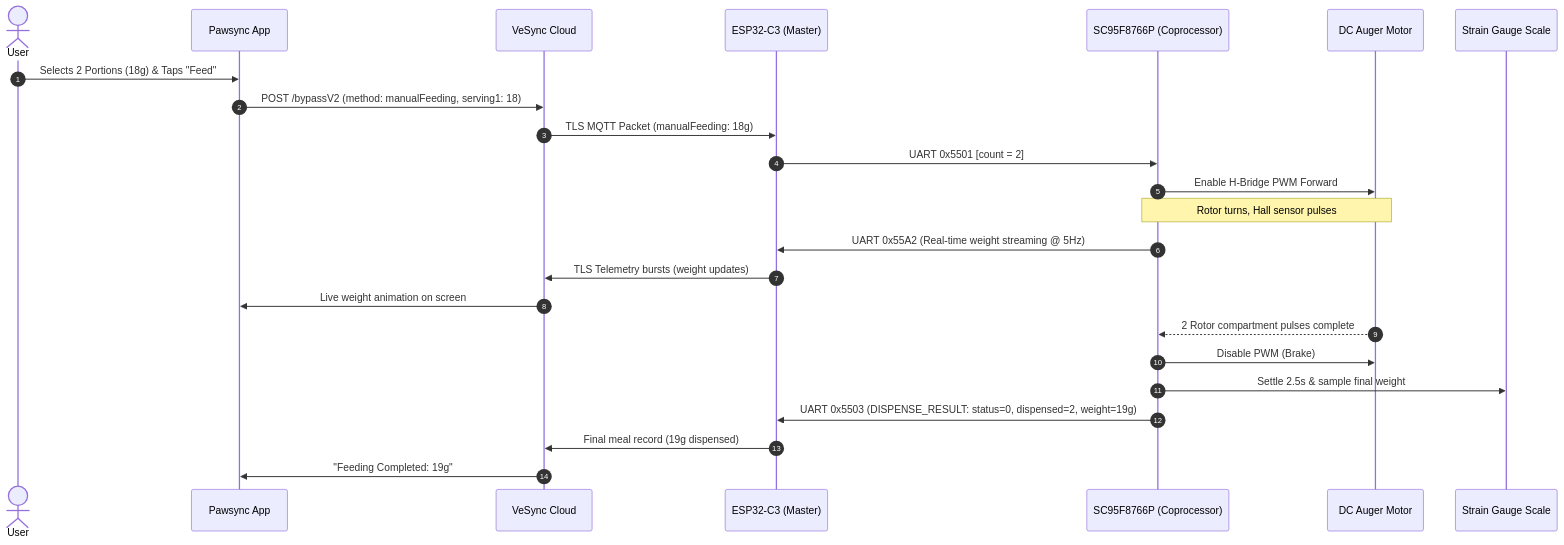
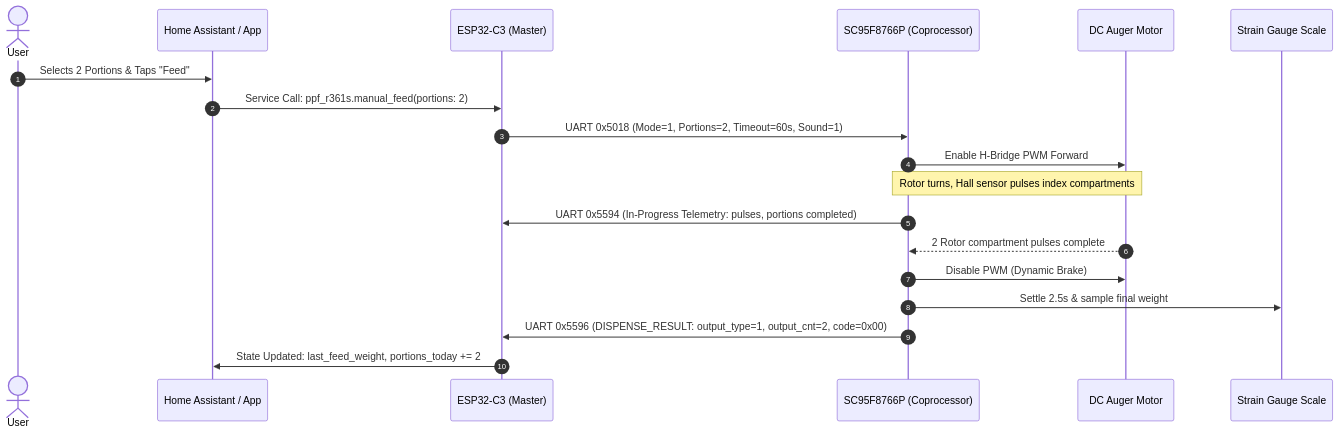
One commit to sibero80/pawsync_esphome changed the diagram in docs/02_apk_feature_flow_and_protocol.md. Above: the diagram before and after it, drawn with Mermaid. The commit also changed other lines of this file, not shown here.

Commit message:
docs: reconcile APK feature flow and protocol specification with genuine KLV opcodes

````diff
--- a/docs/02_apk_feature_flow_and_protocol.md
+++ b/docs/02_apk_feature_flow_and_protocol.md
@@ -158,27 +157,22 @@
 ```mermaid
 sequenceDiagram
     autonumber
     actor User
-    participant App as Pawsync App
-    participant Cloud as VeSync Cloud
+    participant App as Home Assistant / App
     participant ESP as ESP32-C3 (Master)
     participant Coproc as SC95F8766P (Coprocessor)
     participant Motor as DC Auger Motor
     participant Scale as Strain Gauge Scale
 
-    User->>App: Selects 2 Portions (18g) & Taps "Feed"
-    App->>Cloud: POST /bypassV2 (method: manualFeeding, serving1: 18)
-    Cloud->>ESP: TLS MQTT Packet (manualFeeding: 18g)
-    ESP->>Coproc: UART 0x5501 [count = 2]
+    User->>App: Selects 2 Portions & Taps "Feed"
+    App->>ESP: Service Call: ppf_r361s.manual_feed(portions: 2)
+    ESP->>Coproc: UART 0x5018 (Mode=1, Portions=2, Timeout=60s, Sound=1)
     Coproc->>Motor: Enable H-Bridge PWM Forward
-    Note over Motor,Coproc: Rotor turns, Hall sensor pulses
-    Coproc->>ESP: UART 0x55A2 (Real-time weight streaming @ 5Hz)
-    ESP->>Cloud: TLS Telemetry bursts (weight updates)
-    Cloud->>App: Live weight animation on screen
+    Note over Motor,Coproc: Rotor turns, Hall sensor pulses index compartments
+    Coproc->>ESP: UART 0x5594 (In-Progress Telemetry: pulses, portions completed)
     Motor-->>Coproc: 2 Rotor compartment pulses complete
-    Coproc->>Motor: Disable PWM (Brake)
+    Coproc->>Motor: Disable PWM (Dynamic Brake)
     Coproc->>Scale: Settle 2.5s & sample final weight
-    Coproc->>ESP: UART 0x5503 (DISPENSE_RESULT: status=0, dispensed=2, weight=19g)
-    ESP->>Cloud: Final meal record (19g dispensed)
-    Cloud->>App: "Feeding Completed: 19g"
+    Coproc->>ESP: UART 0x5596 (DISPENSE_RESULT: output_type=1, output_cnt=2, code=0x00)
+    ESP->>App: State Updated: last_feed_weight, portions_today += 2
 ```
````
